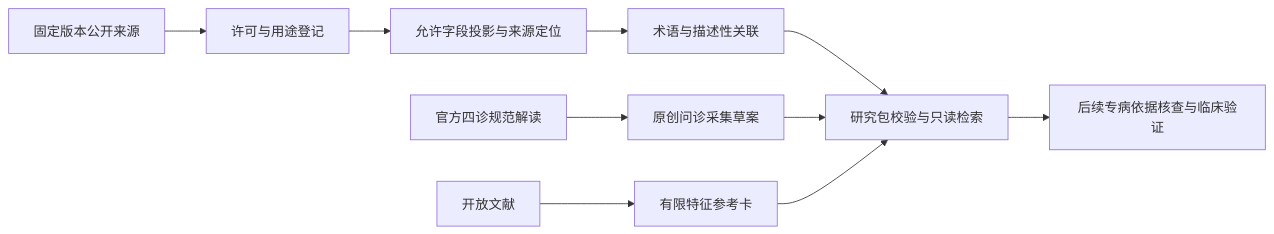
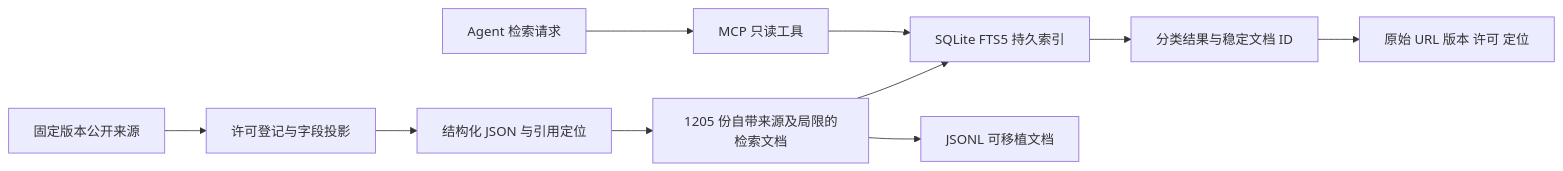
One commit to yodew/tcm-agent-course changed the diagram in knowledge/clinical/README.md. Above: the diagram before and after it, drawn with Mermaid. The commit also changed other lines of this file and 21 other files, not shown here.

````diff
--- a/knowledge/clinical/README.md
+++ b/knowledge/clinical/README.md
@@ -24,12 +34,12 @@
 ```mermaid
 flowchart LR
-    A[固定版本公开来源] --> B[许可与用途登记]
-    B --> C[允许字段投影与来源定位]
-    C --> D[术语与描述性关联]
-    E[官方四诊规范解读] --> F[原创问诊采集草案]
-    G[开放文献] --> H[有限特征参考卡]
-    D --> I[研究包校验与只读检索]
-    F --> I
-    H --> I
-    I --> J[后续专病依据核查与临床验证]
+    A[固定版本公开来源] --> B[许可登记与字段投影]
+    B --> C[结构化 JSON 与引用定位]
+    C --> D[1205 份自带来源及局限的检索文档]
+    D --> E[SQLite FTS5 持久索引]
+    D --> F[JSONL 可移植文档]
+    G[Agent 检索请求] --> H[MCP 只读工具]
+    H --> E
+    E --> I[分类结果与稳定文档 ID]
+    I --> J[原始 URL 版本 许可 定位]
 ```
````
